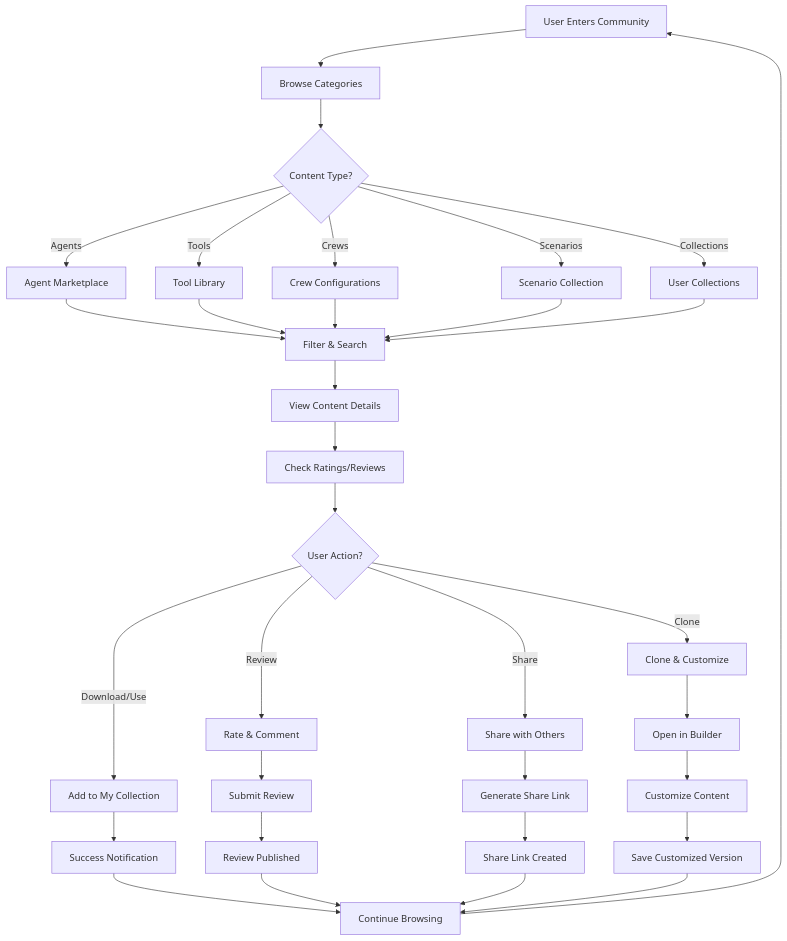
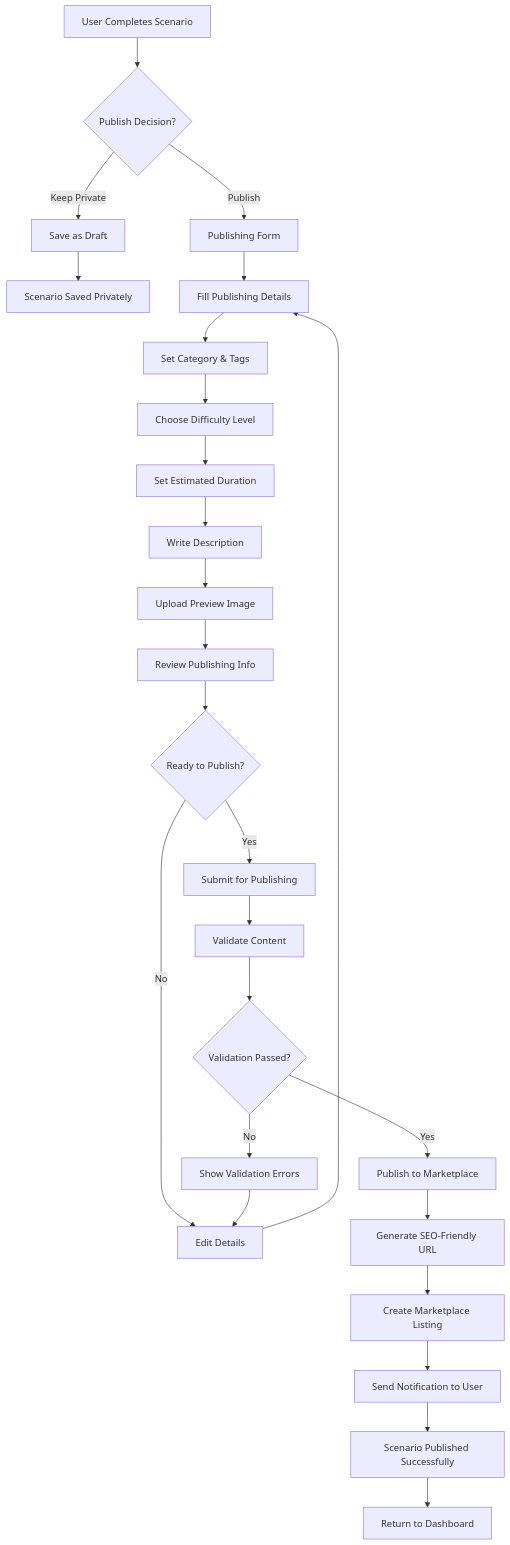
One commit to Sbcoit/forked-ai-agent-education-platform changed the seventh of 18 diagrams in backend/docs/architecture/user-workflow.md. Above: the diagram before and after it, drawn with Mermaid. The commit also changed other lines of this file and 5 other files, not shown here.

````diff
--- a/backend/docs/architecture/user-workflow.md
+++ b/backend/docs/architecture/user-workflow.md
@@ -374,41 +334,32 @@
 ```mermaid
-graph TD
-    A[User Enters Community] --> B[Browse Categories]
-    B --> C{Content Type?}
-    C -->|Agents| D[Agent Marketplace]
-    C -->|Tools| E[Tool Library]
-    C -->|Crews| F[Crew Configurations]
-    C -->|Scenarios| G[Scenario Collection]
-    C -->|Collections| H[User Collections]
+flowchart TD
+    A[User Completes Scenario] --> B{Publish Decision?}
+    B -->|Keep Private| C[Save as Draft]
+    B -->|Publish| D[Publishing Form]
     
-    D --> I[Filter & Search]
-    E --> I
-    F --> I
-    G --> I
-    H --> I
+    C --> E[Scenario Saved Privately]
+    D --> F[Fill Publishing Details]
+    F --> G[Set Category & Tags]
+    G --> H[Choose Difficulty Level]
+    H --> I[Set Estimated Duration]
+    I --> J[Write Description]
+    J --> K[Upload Preview Image]
+    K --> L[Review Publishing Info]
     
-    I --> J[View Content Details]
-    J --> K[Check Ratings/Reviews]
-    K --> L{User Action?}
+    L --> M{Ready to Publish?}
+    M -->|No| N[Edit Details]
+    M -->|Yes| O[Submit for Publishing]
     
-    L -->|Download/Use| M[Add to My Collection]
-    L -->|Clone| N[Clone & Customize]
-    L -->|Review| O[Rate & Comment]
-    L -->|Share| P[Share with Others]
+    N --> F
+    O --> P[Validate Content]
+    P --> Q{Validation Passed?}
+    Q -->|No| R[Show Validation Errors]
+    Q -->|Yes| S[Publish to Marketplace]
     
-    M --> Q[Success Notification]
-    N --> R[Open in Builder]
-    O --> S[Submit Review]
-    P --> T[Generate Share Link]
-    
-    Q --> U[Continue Browsing]
-    R --> V[Customize Content]
-    S --> W[Review Published]
-    T --> X[Share Link Created]
-    
-    U --> A
-    V --> Y[Save Customized Version]
-    W --> U
-    X --> U
-    Y --> U
+    R --> N
+    S --> T[Generate SEO-Friendly URL]
+    T --> U[Create Marketplace Listing]
+    U --> V[Send Notification to User]
+    V --> W[Scenario Published Successfully]
+    W --> X[Return to Dashboard]
 ```
````
